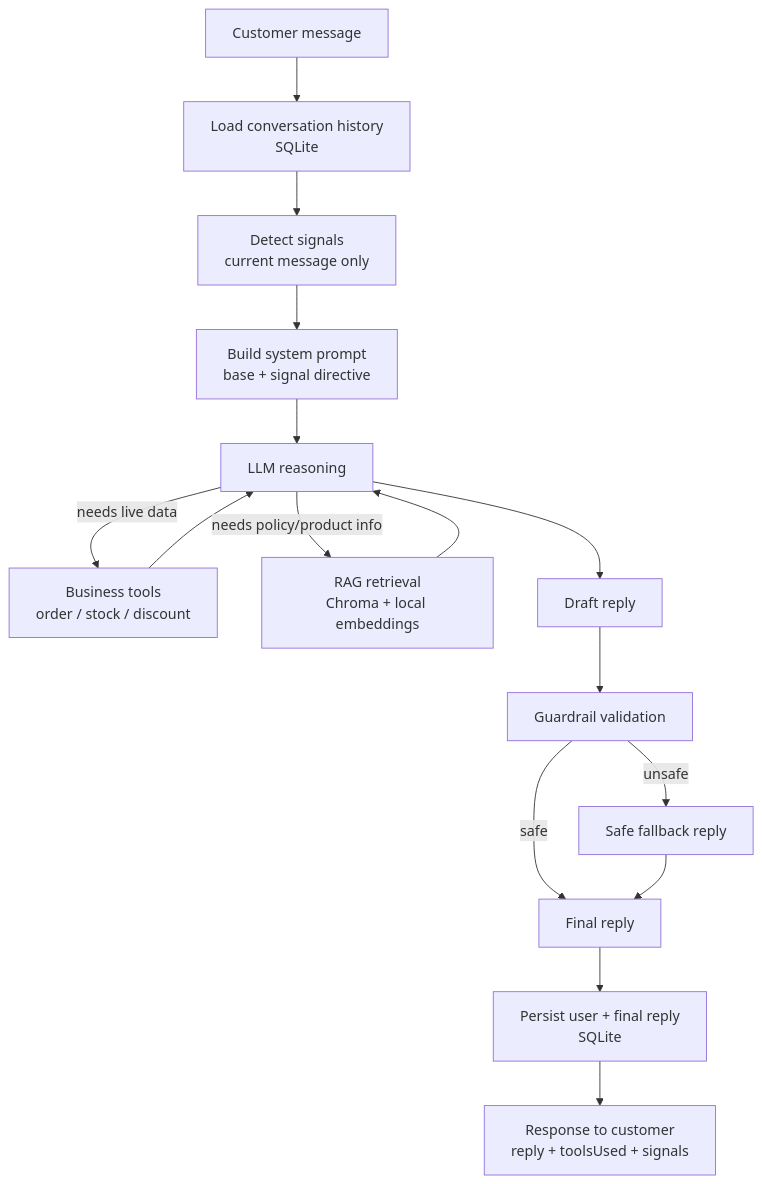
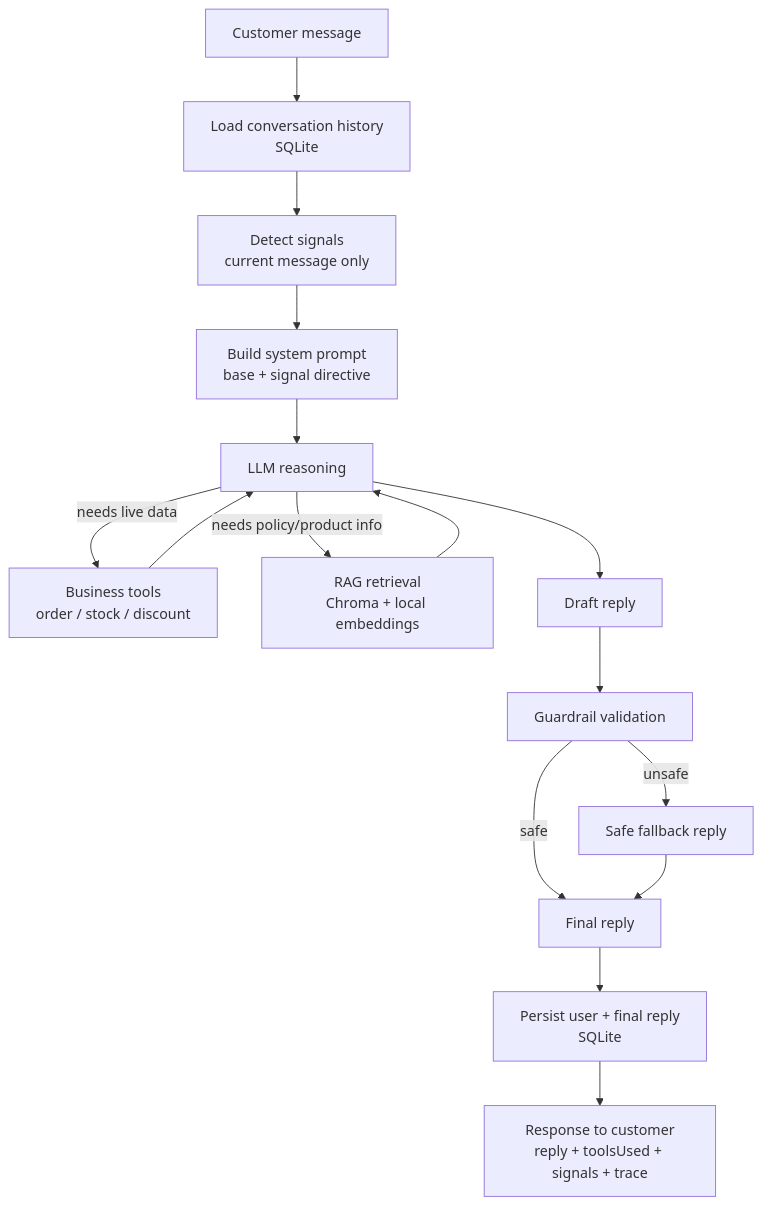
One commit to S-MOHAMMAD-SYED-SAMEER/sales-recovery-agent changed the diagram in README.md. Above: the diagram before and after it, drawn with Mermaid. The commit also changed other lines of this file and 25 other files, not shown here.

````diff
--- a/README.md
+++ b/README.md
@@ -73,18 +73,18 @@
 ```mermaid
 flowchart TD
     A[Customer message] --> B[Load conversation history<br/>SQLite]
     B --> C[Detect signals<br/>current message only]
     C --> D[Build system prompt<br/>base + signal directive]
     D --> E[LLM reasoning]
     E -->|needs live data| F[Business tools<br/>order / stock / discount]
     E -->|needs policy/product info| G[RAG retrieval<br/>Chroma + local embeddings]
     F --> E
     G --> E
     E --> H[Draft reply]
     H --> I[Guardrail validation]
     I -->|safe| J[Final reply]
     I -->|unsafe| K[Safe fallback reply]
     K --> J
     J --> L[Persist user + final reply<br/>SQLite]
-    L --> M[Response to customer<br/>reply + toolsUsed + signals]
+    L --> M[Response to customer<br/>reply + toolsUsed + signals + trace]
 ```
````
